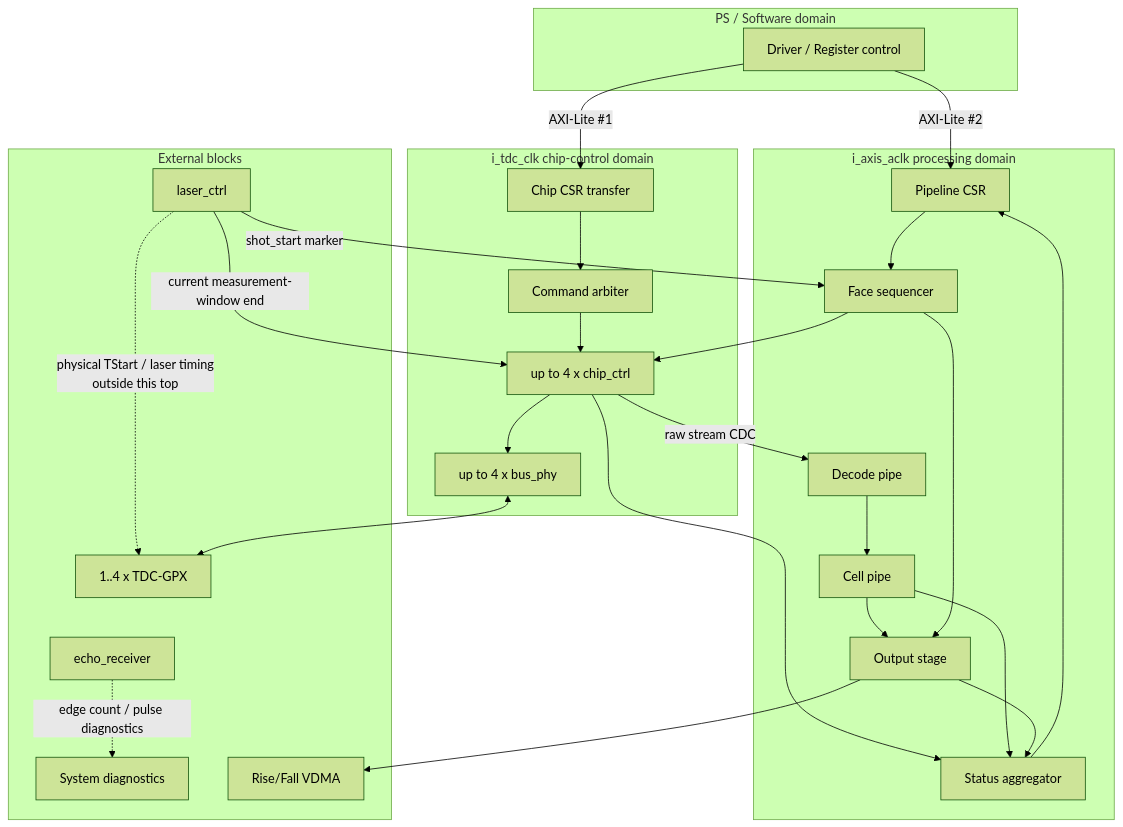
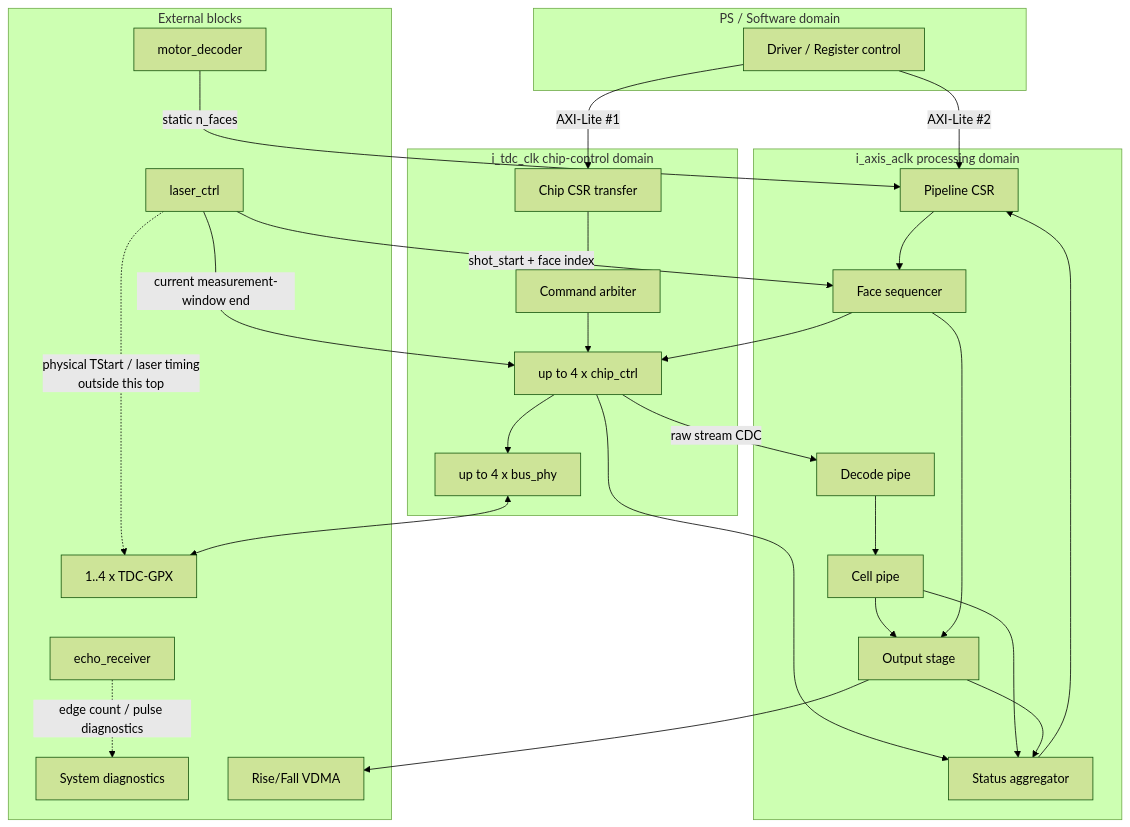
Before and after one commit to haneulia/tdc_gpx_ctrl: the third of 15 diagrams in Doc/tdc_gpx_top_신호처리_상세_사용_설명서.md, drawn with Mermaid (forest theme). The commit also changed other lines of this file and 20 other files, not shown here.

````diff
--- a/Doc/tdc_gpx_top_신호처리_상세_사용_설명서.md
+++ b/Doc/tdc_gpx_top_신호처리_상세_사용_설명서.md
@@ -104,52 +104,54 @@
 ```mermaid
 flowchart TB
     subgraph PS["PS / Software domain"]
         SW["Driver / Register control"]
     end
 
     subgraph AX["i_axis_aclk processing domain"]
         PCSR["Pipeline CSR"]
         SEQ["Face sequencer"]
         DEC["Decode pipe"]
         CELL["Cell pipe"]
         OUT["Output stage"]
         STAT["Status aggregator"]
     end
 
     subgraph TDC["i_tdc_clk chip-control domain"]
         CCSR["Chip CSR transfer"]
         ARB["Command arbiter"]
         CHIP["up to 4 x chip_ctrl"]
         PHY["up to 4 x bus_phy"]
     end
 
     subgraph EXT["External blocks"]
         LASER["laser_ctrl"]
+        MOTOR["motor_decoder"]
         ECHO["echo_receiver"]
         DIAG["System diagnostics"]
         GPX["1..4 x TDC-GPX"]
         DMA["Rise/Fall VDMA"]
     end
 
     SW -->|"AXI-Lite #2"| PCSR
     SW -->|"AXI-Lite #1"| CCSR
-    LASER -->|"shot_start marker"| SEQ
+    MOTOR -->|"static n_faces"| PCSR
+    LASER -->|"shot_start + face index"| SEQ
     LASER -->|"current measurement-window end"| CHIP
     LASER -.->|"physical TStart / laser timing\noutside this top"| GPX
     ECHO -.->|"edge count / pulse diagnostics"| DIAG
     PCSR --> SEQ
     CCSR --> ARB
     SEQ --> CHIP
     ARB --> CHIP
     CHIP --> PHY
     PHY <--> GPX
     CHIP -->|"raw stream CDC"| DEC
     DEC --> CELL
     CELL --> OUT
     SEQ --> OUT
     OUT --> DMA
     CHIP --> STAT
     CELL --> STAT
     OUT --> STAT
     STAT --> PCSR
 ```
````
